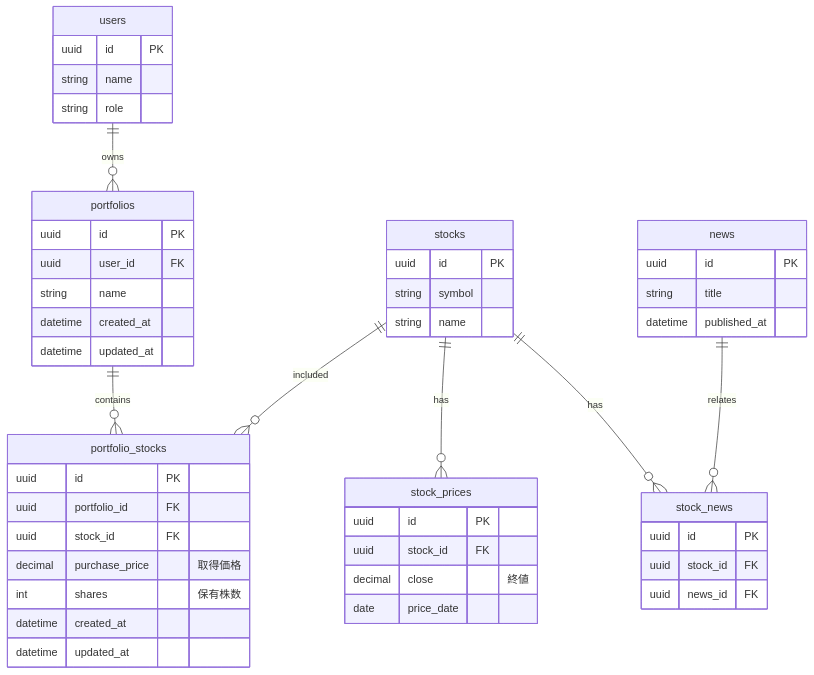
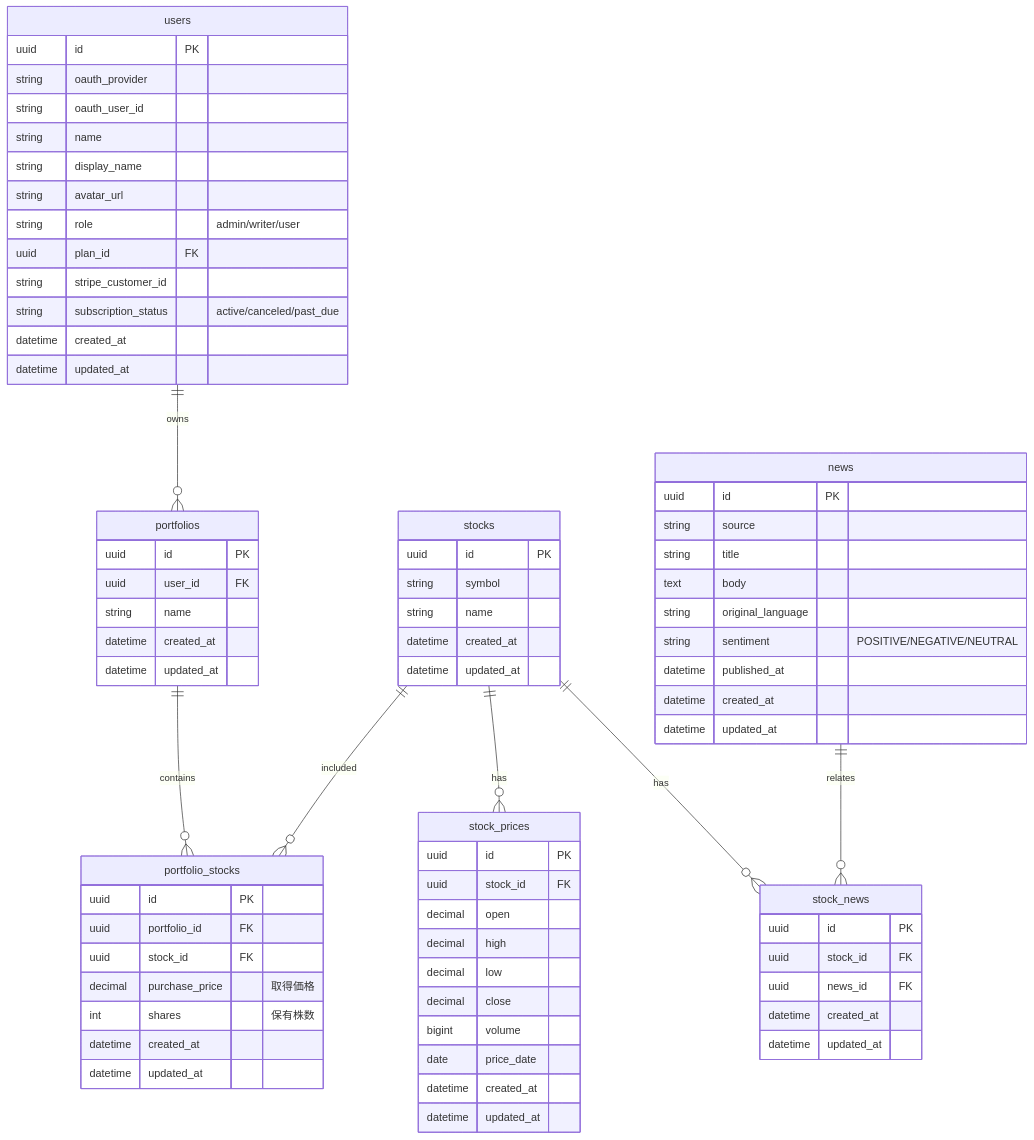
The first of 5 diagrams in docs/functions/portfolio/home.md (RRRRRRR-777/SikouLab), drawn with Mermaid before and after one commit. The commit also changed 11 other files, not shown here.

First line of the commit message:
docs(functions): 既存12ファイルのER図をsystem_datas.mdに同期

````diff
--- a/docs/functions/portfolio/home.md
+++ b/docs/functions/portfolio/home.md
@@ -115,5 +115,6 @@
 ```mermaid
 erDiagram
+    %% 正: docs/versions/1_0_0/system_datas.md
     users ||--o{ portfolios : "owns"
     portfolios ||--o{ portfolio_stocks : "contains"
     stocks ||--o{ portfolio_stocks : "included"
@@ -123,8 +124,17 @@
 
     users {
         uuid id PK
+        string oauth_provider
+        string oauth_user_id
         string name
-        string role
+        string display_name
+        string avatar_url
+        string role "admin/writer/user"
+        uuid plan_id FK
+        string stripe_customer_id
+        string subscription_status "active/canceled/past_due"
+        datetime created_at
+        datetime updated_at
     }
 
     portfolios {
@@ -149,24 +159,40 @@
         uuid id PK
         string symbol
         string name
+        datetime created_at
+        datetime updated_at
     }
 
     stock_prices {
         uuid id PK
         uuid stock_id FK
-        decimal close "終値"
+        decimal open
+        decimal high
+        decimal low
+        decimal close
+        bigint volume
         date price_date
+        datetime created_at
+        datetime updated_at
     }
 
     stock_news {
         uuid id PK
         uuid stock_id FK
         uuid news_id FK
+        datetime created_at
+        datetime updated_at
     }
 
     news {
         uuid id PK
+        string source
         string title
+        text body
+        string original_language
+        string sentiment "POSITIVE/NEGATIVE/NEUTRAL"
         datetime published_at
+        datetime created_at
+        datetime updated_at
     }
 ```
````
